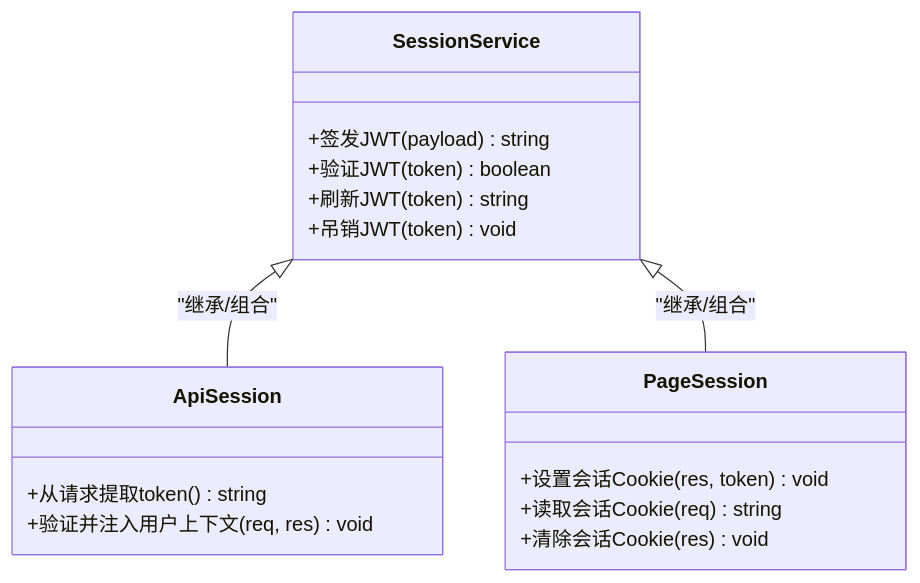
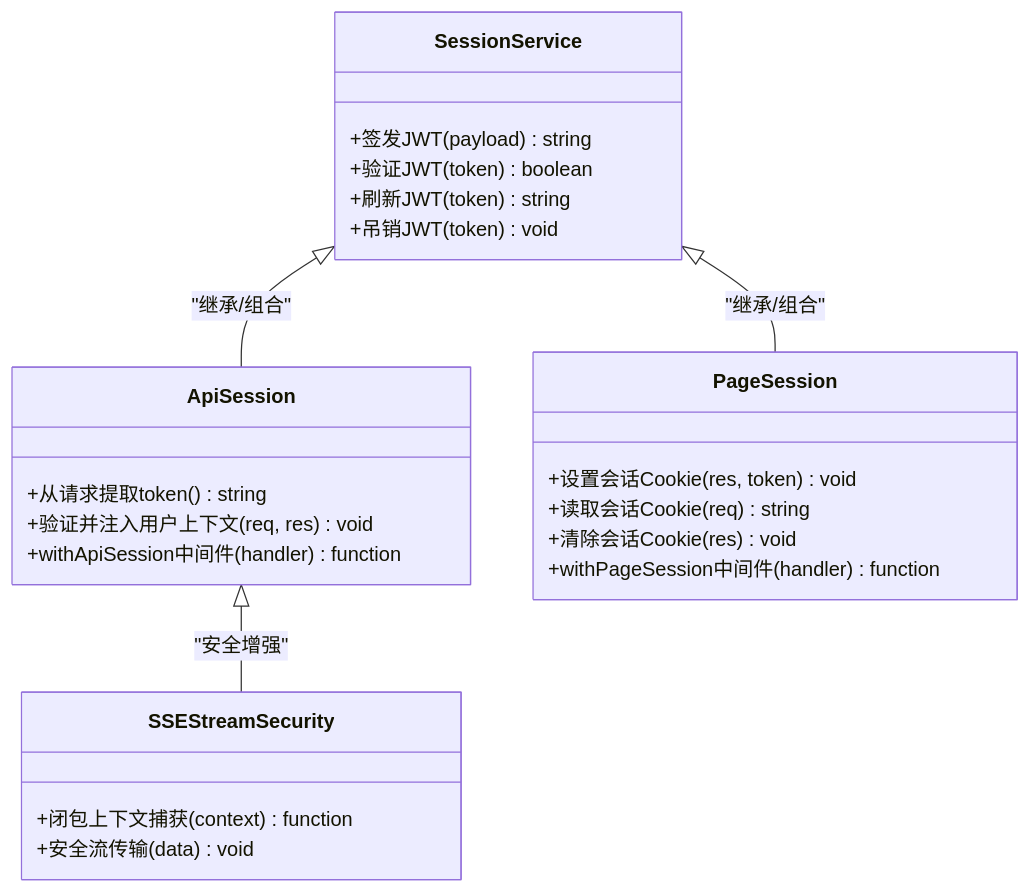
The seventh of 11 diagrams in .qoder/repowiki/zh/content/后端架构/安全与认证.md (scottcwy/PurpleInk), drawn with Mermaid before and after one commit. The commit also changed other lines of this file and 109 other files, not shown here.

````diff
--- a/.qoder/repowiki/zh/content/后端架构/安全与认证.md
+++ b/.qoder/repowiki/zh/content/后端架构/安全与认证.md
@@ -382,20 +418,27 @@
 ```mermaid
 classDiagram
 class SessionService {
 +签发JWT(payload) string
 +验证JWT(token) boolean
 +刷新JWT(token) string
 +吊销JWT(token) void
 }
 class ApiSession {
 +从请求提取token() string
 +验证并注入用户上下文(req, res) void
++withApiSession中间件(handler) function
 }
 class PageSession {
 +设置会话Cookie(res, token) void
 +读取会话Cookie(req) string
 +清除会话Cookie(res) void
++withPageSession中间件(handler) function
+}
+class SSEStreamSecurity {
++闭包上下文捕获(context) function
++安全流传输(data) void
 }
 SessionService <|-- ApiSession : "继承/组合"
 SessionService <|-- PageSession : "继承/组合"
+ApiSession <|-- SSEStreamSecurity : "安全增强"
 ```
````
